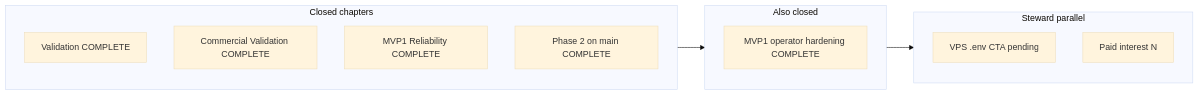
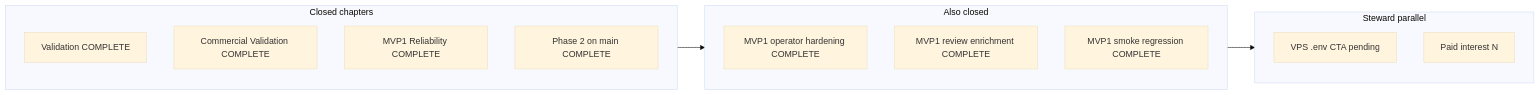
The diagram in docs/SOP/PPE_INTEGRATED_STATUS.md (DanielTabakman/Probability-prediction-engine), drawn with Mermaid (base theme) before and after one commit. The commit also changed other lines of this file and 22 other files, not shown here.

First line of the commit message:
feat(mvp1): review enrichment and smoke regression chapters

````diff
--- a/docs/SOP/PPE_INTEGRATED_STATUS.md
+++ b/docs/SOP/PPE_INTEGRATED_STATUS.md
@@ -12,18 +12,20 @@
 ```mermaid
 flowchart LR
   subgraph closed [Closed chapters]
     V[Validation COMPLETE]
     C[Commercial Validation COMPLETE]
     R[MVP1 Reliability COMPLETE]
     P2[Phase 2 on main COMPLETE]
   end
   subgraph steward [Steward parallel]
     ENV[VPS .env CTA pending]
     PI[Paid interest N]
   end
   subgraph closed2 [Also closed]
     OH[MVP1 operator hardening COMPLETE]
+    RE[MVP1 review enrichment COMPLETE]
+    SR[MVP1 smoke regression COMPLETE]
   end
   closed --> closed2
   closed2 --> steward
 ```
````
